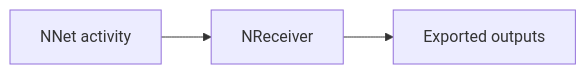
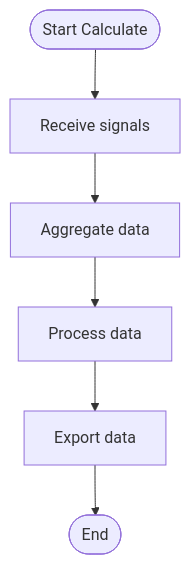
The ninth of 10 diagrams in Docs/Components/NReceiver.md (aicommunity/Nmsdk-PulseLib), drawn with Mermaid before and after one commit. The commit also changed other lines of this file and 196 other files, not shown here.

````diff
--- a/Docs/Components/NReceiver.md
+++ b/Docs/Components/NReceiver.md
@@ -76,5 +253,8 @@
 ```mermaid
-flowchart LR
-    net[NNet activity] --> r[NReceiver]
-    r --> out[Exported outputs]
+flowchart TD
+    Start([Start Calculate]) --> ReceiveSignals[Receive signals]
+    ReceiveSignals --> AggregateData[Aggregate data]
+    AggregateData --> ProcessData[Process data]
+    ProcessData --> ExportData[Export data]
+    ExportData --> End([End])
 ```
````
